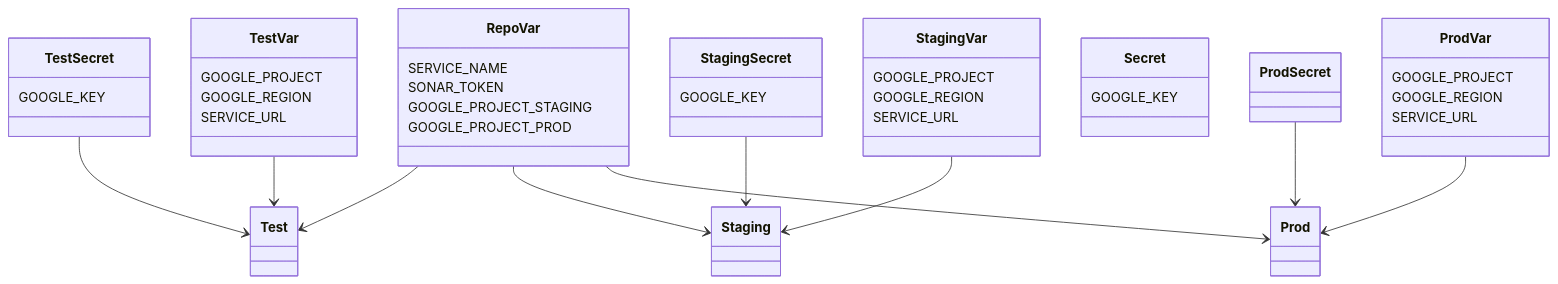
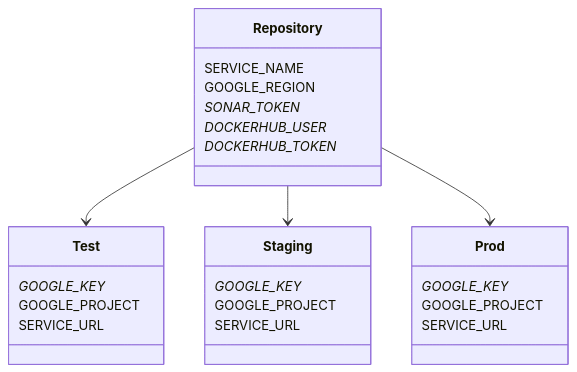
Before and after one commit to bjblazko/phexpedition: the first of 2 diagrams in .github/workflows/README.md, drawn with Mermaid. The commit also changed other lines of this file and 1 other file, not shown here.

Commit message:
docs: updated configuration in README.md

````diff
--- a/.github/workflows/README.md
+++ b/.github/workflows/README.md
@@ -69,53 +72,34 @@
 ```mermaid
 classDiagram
-    class Test
-    class Staging
-    class Prod
 
-    class RepoVar {
-        SERVICE_NAME
-        SONAR_TOKEN
-        GOOGLE_PROJECT_STAGING
-        GOOGLE_PROJECT_PROD
-    }
-
-    class TestSecret {
-        GOOGLE_KEY
-    }
-    class TestVar {
+    class Test {
+        GOOGLE_KEY*
         GOOGLE_PROJECT
-        GOOGLE_REGION
         SERVICE_URL
     }
 
-    class StagingSecret {
-        GOOGLE_KEY
-    }
-    class StagingVar {
+    class Staging {
+        GOOGLE_KEY*
         GOOGLE_PROJECT
-        GOOGLE_REGION
         SERVICE_URL
     }
 
-    class Secret {
-        GOOGLE_KEY
-    }
-    class ProdVar {
+    class Prod {
+        GOOGLE_KEY*
         GOOGLE_PROJECT
-        GOOGLE_REGION
         SERVICE_URL
     }
 
-    RepoVar --> Test
-    RepoVar --> Staging
-    RepoVar --> Prod
+    class Repository {
+        SERVICE_NAME
+        GOOGLE_REGION
+        SONAR_TOKEN*
+        DOCKERHUB_USER*
+        DOCKERHUB_TOKEN*
+    }
 
-    TestSecret --> Test
-    TestVar --> Test
+    Repository --> Test
+    Repository --> Staging
+    Repository --> Prod
 
-    StagingSecret --> Staging
-    StagingVar --> Staging
-
-    ProdSecret --> Prod
-    ProdVar --> Prod
 ```
````
